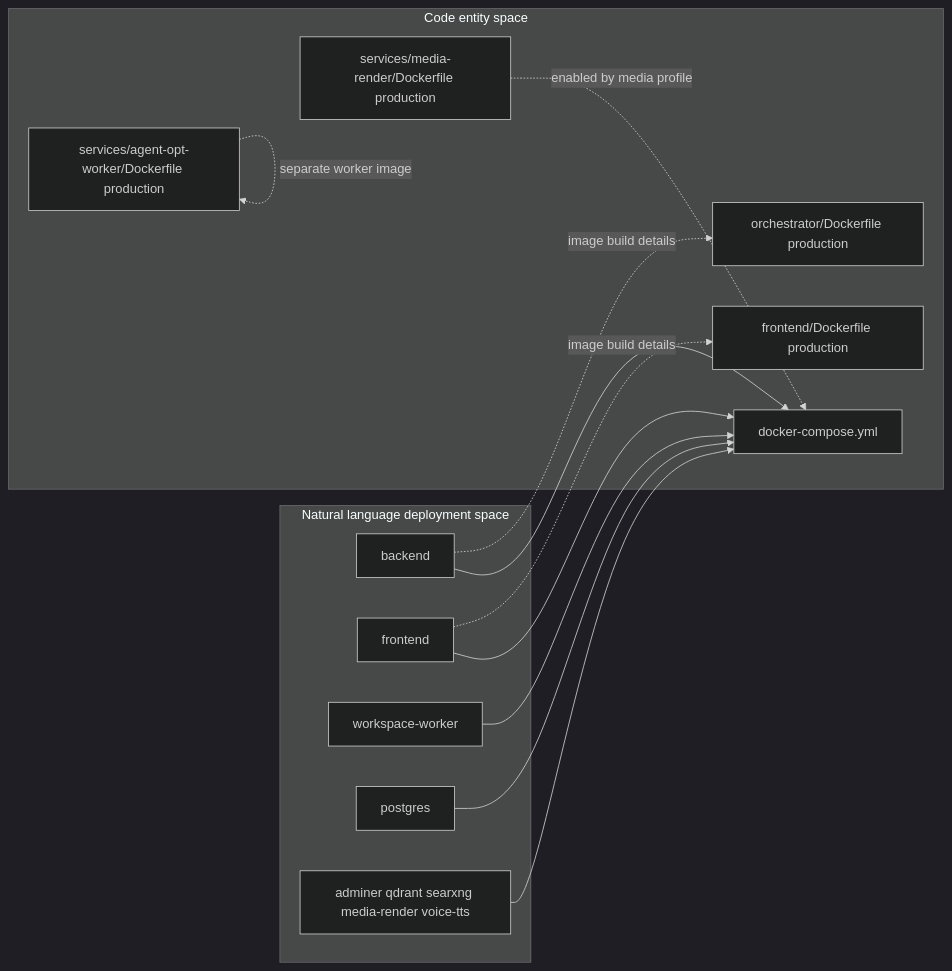
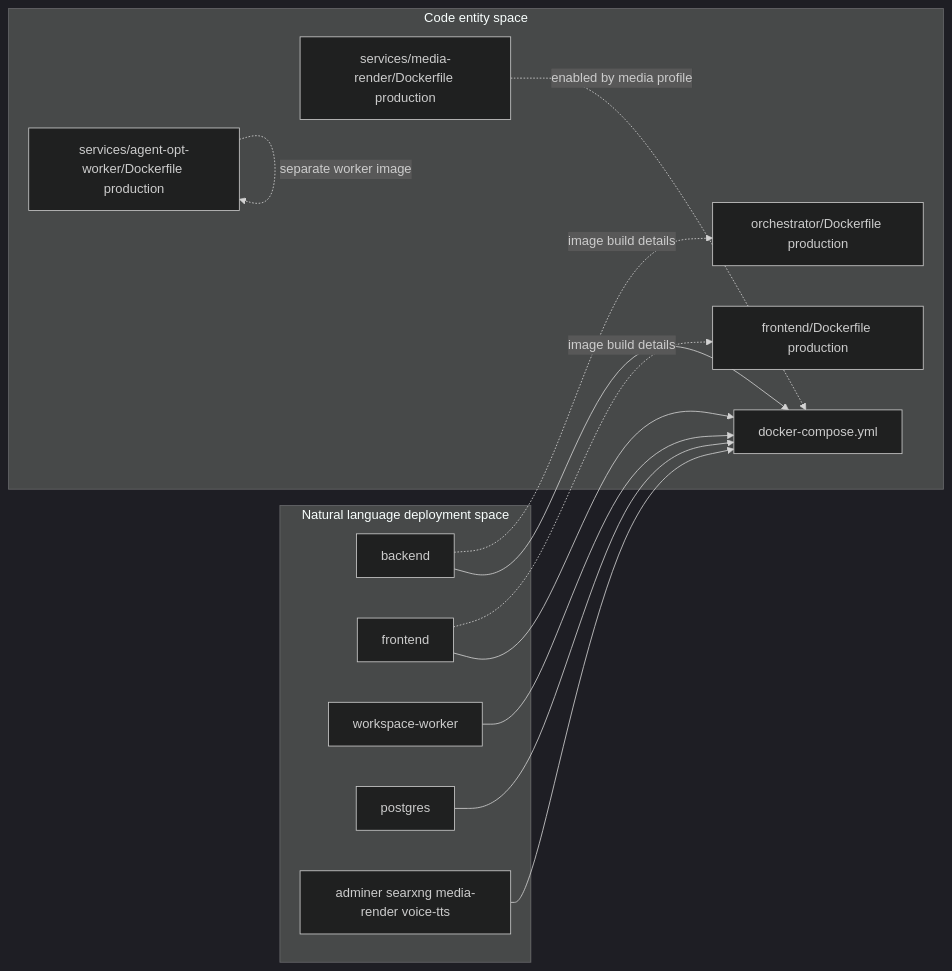
The first of 2 diagrams in docs/deployment-infrastructure/production-deployment.md (AutomatosAI/automatos-ai), drawn with Mermaid (dark theme) before and after one commit. The commit also changed other lines of this file and 61 other files, not shown here.

````diff
--- a/docs/deployment-infrastructure/production-deployment.md
+++ b/docs/deployment-infrastructure/production-deployment.md
@@ -50,28 +50,28 @@
 ```mermaid
 flowchart LR
     subgraph "Natural language deployment space"
         Backend["backend"]
         Frontend["frontend"]
         WorkspaceWorker["workspace-worker"]
         Postgres["postgres"]
-        OptionalServices["adminer qdrant searxng media-render voice-tts"]
+        OptionalServices["adminer searxng media-render voice-tts"]
     end
 
     subgraph "Code entity space"
         Compose["docker-compose.yml"]
         OrchestratorImage["orchestrator/Dockerfile production"]
         FrontendImage["frontend/Dockerfile production"]
         MediaImage["services/media-render/Dockerfile production"]
         AgentOptImage["services/agent-opt-worker/Dockerfile production"]
     end
 
     Backend --> Compose
     Frontend --> Compose
     WorkspaceWorker --> Compose
     Postgres --> Compose
     OptionalServices --> Compose
     Backend -. "image build details" .-> OrchestratorImage
     Frontend -. "image build details" .-> FrontendImage
     MediaImage -. "enabled by media profile" .-> Compose
     AgentOptImage -. "separate worker image" .-> AgentOptImage
 ```
````
